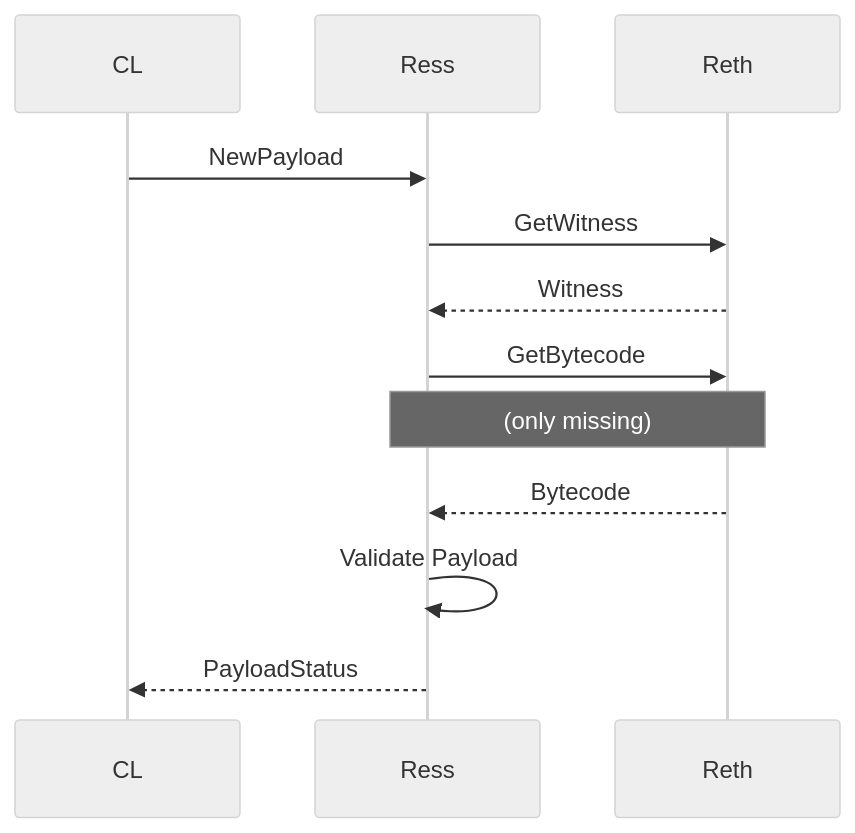
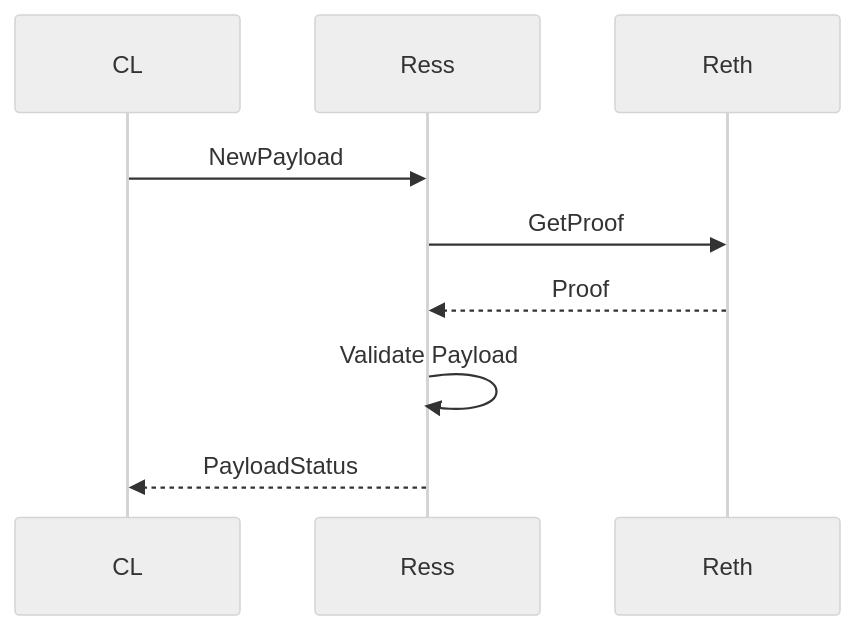
Before and after one commit to rkrasiuk/zk-ress: the first of 2 diagrams in README.md, drawn with Mermaid (neutral theme). The commit also changed other lines of this file and 34 other files, not shown here.

````diff
--- a/README.md
+++ b/README.md
@@ -64,11 +64,8 @@
 ```mermaid
 sequenceDiagram
     CL->>Ress: NewPayload
-    Ress->>Reth: GetWitness
-    Reth-->>Ress: Witness
-    Ress->>Reth: GetBytecode
-    Note over Ress,Reth: (only missing)
-    Reth-->>Ress: Bytecode
+    Ress->>Reth: GetProof
+    Reth-->>Ress: Proof
     Ress->>Ress: Validate Payload
     Ress-->>CL: PayloadStatus
 ```
````
